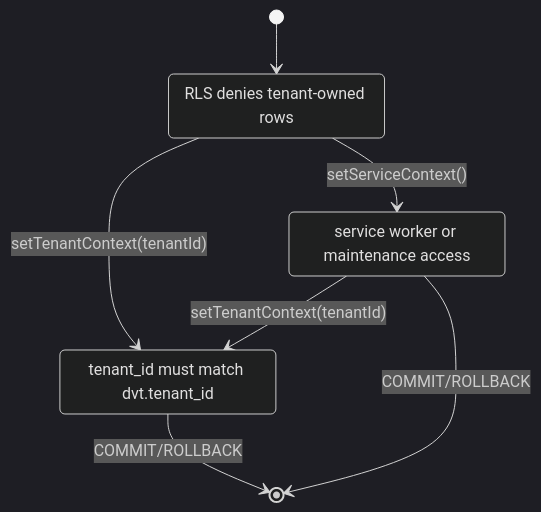
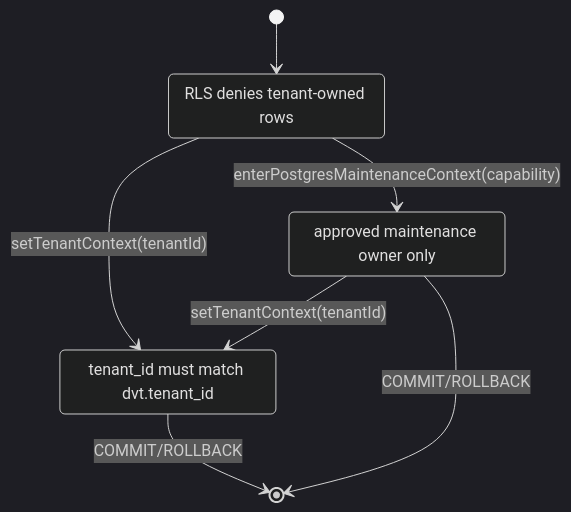
The second of 2 diagrams in docs/planning/closeouts/20260425-production-tenant-isolation-baseline-closeout.md (dunay2/dvt), drawn with Mermaid (dark theme) before and after one commit. The commit also changed other lines of this file and 31 other files, not shown here.

Commit message:
fix(adapters): Harden Postgres service access isolation

````diff
--- a/docs/planning/closeouts/20260425-production-tenant-isolation-baseline-closeout.md
+++ b/docs/planning/closeouts/20260425-production-tenant-isolation-baseline-closeout.md
@@ -138,13 +139,13 @@
 ```mermaid
 stateDiagram-v2
   [*] --> NoContext
   NoContext --> TenantContext: setTenantContext(tenantId)
-  NoContext --> ServiceContext: setServiceContext()
+  NoContext --> ServiceContext: enterPostgresMaintenanceContext(capability)
   ServiceContext --> TenantContext: setTenantContext(tenantId)
   TenantContext --> [*]: COMMIT/ROLLBACK
   ServiceContext --> [*]: COMMIT/ROLLBACK
 
   NoContext: RLS denies tenant-owned rows
   TenantContext: tenant_id must match dvt.tenant_id
-  ServiceContext: service worker or maintenance access
+  ServiceContext: approved maintenance owner only
 ```
````
